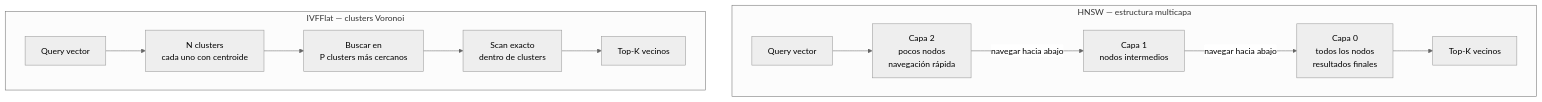
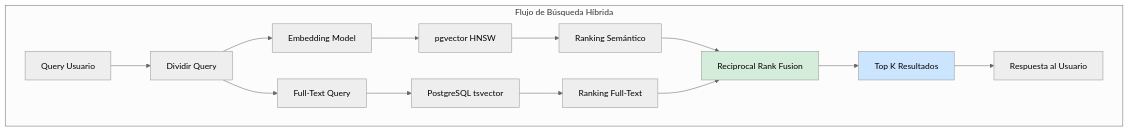
The third of 5 diagrams in 04_Bases_de_Datos/vector_search_con_pgvector_y_postgresql_17_para_aplicaciones_ia_STAFF.md (Joaquinriosheredia/DAM-Java-Mastery), drawn with Mermaid (neutral theme) before and after one commit. The commit also changed other lines of this file, not shown here.

Commit message:
vector_search_con_pgvector_y_postgresql_17_para_aplicaciones_ia_STAFF.md

````diff
--- a/04_Bases_de_Datos/vector_search_con_pgvector_y_postgresql_17_para_aplicaciones_ia_STAFF.md
+++ b/04_Bases_de_Datos/vector_search_con_pgvector_y_postgresql_17_para_aplicaciones_ia_STAFF.md
@@ -79,22 +411,23 @@
 ```mermaid
 graph TD
-    subgraph "HNSW — estructura multicapa"
-        L2[Capa 2\npocos nodos\nnavegación rápida]
-        L1[Capa 1\nnodos intermedios]
-        L0[Capa 0\ntodos los nodos\nresultados finales]
-        L2 -->|navegar hacia abajo| L1
-        L1 -->|navegar hacia abajo| L0
-        QUERY2[Query vector] --> L2
-        L0 --> RESULT[Top-K vecinos]
+    subgraph "Flujo de Búsqueda Híbrida"
+        QUERY[Query Usuario] --> SPLIT[Dividir Query]
+        SPLIT --> SEM[Embedding Model]
+        SPLIT --> TXT[Full-Text Query]
+        
+        SEM --> PGVEC[pgvector HNSW]
+        TXT --> PGTS[PostgreSQL tsvector]
+        
+        PGVEC --> RANK1[Ranking Semántico]
+        PGTS --> RANK2[Ranking Full-Text]
+        
+        RANK1 --> RRF[Reciprocal Rank Fusion]
+        RANK2 --> RRF
+        
+        RRF --> TOPK[Top K Resultados]
+        TOPK --> RESP[Respuesta al Usuario]
     end
-
-    subgraph "IVFFlat — clusters Voronoi"
-        CLUSTERS[N clusters\ncada uno con centroide]
-        PROBE[Buscar en\nP clusters más cercanos]
-        EXACT[Scan exacto\ndentro de clusters]
-        QUERY3[Query vector] --> CLUSTERS
-        CLUSTERS --> PROBE
-        PROBE --> EXACT
-        EXACT --> RESULT2[Top-K vecinos]
-    end
+    
+    style RRF fill:#d4edda
+    style TOPK fill:#cce5ff
 ```
````
